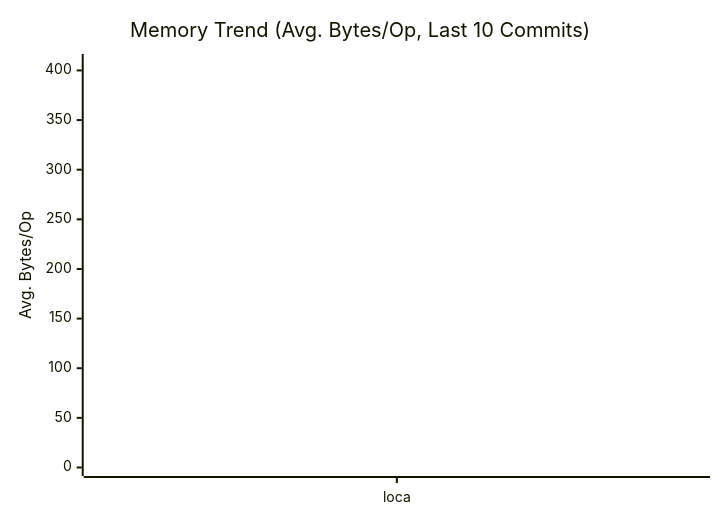
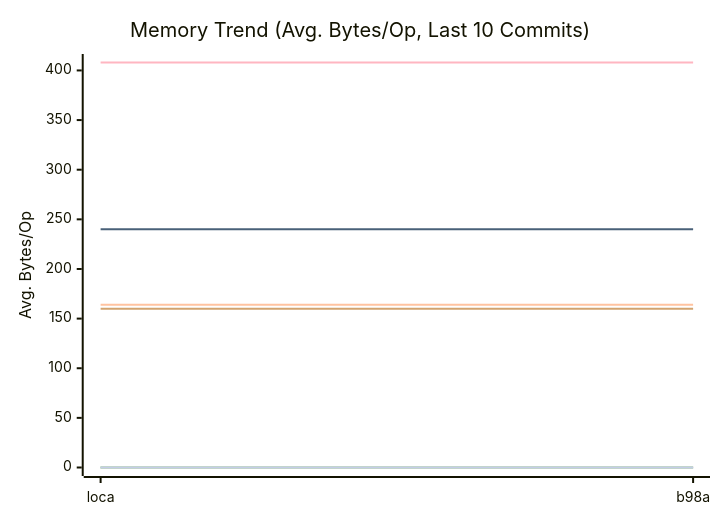
One commit to alsotoes/momo changed the second of 3 diagrams in docs/PERFORMANCE.md. Above: the diagram before and after it, drawn with Mermaid. The commit also changed other lines of this file and 2 other files, not shown here.

````diff
--- a/docs/PERFORMANCE.md
+++ b/docs/PERFORMANCE.md
@@ -97,16 +97,16 @@
 ```mermaid
 xychart-beta
     title "Memory Trend (Avg. Bytes/Op, Last 10 Commits)"
     x-axis "Commit"
     y-axis "Avg. Bytes/Op"
-    x-axis [loca]
+    x-axis [loca,b98a]
     line "CheckMetricsAndSwap" [0,0,0,0,0,0,0,0,0,0]
     line "CrushOptimized" [0,0,0,0,0,0,0,0,0,0]
     line "CrushOriginal" [164,164,164,164,164,164,164,164,164,164]
     line "IndexDirectTracking" [0,0,0,0,0,0,0,0,0,0]
     line "IndexSearch" [0,0,0,0,0,0,0,0,0,0]
     line "LoadGlobalConfig" [160,160,160,160,160,160,160,160,160,160]
     line "PadString" [0,0,0,0,0,0,0,0,0,0]
     line "ParseReplicationOrder_NoPrealloc" [408,408,408,408,408,248,248,248,248,248]
     line "ParseReplicationOrder_Prealloc" [240,240,240,240,240,80,80,80,80,80]
 ```
````
